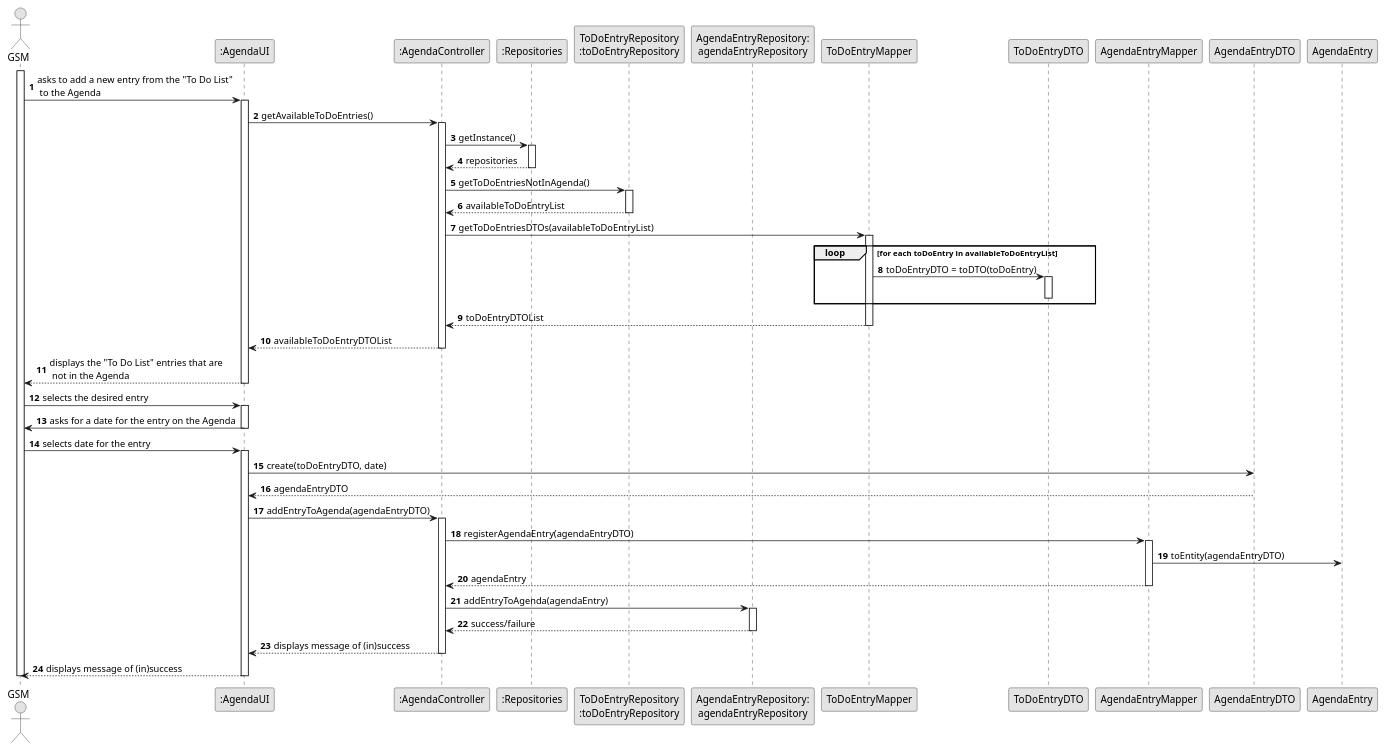
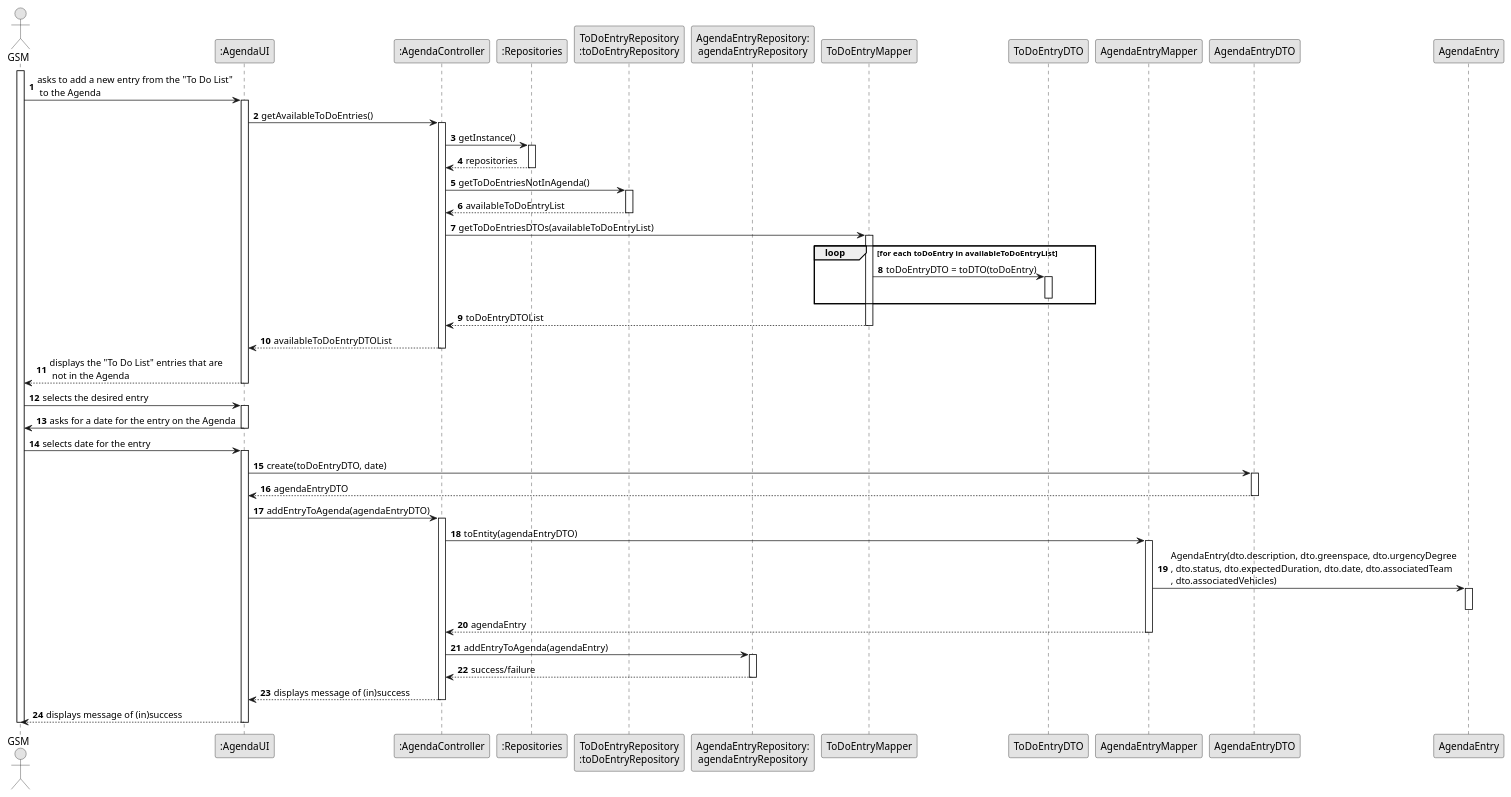
Before and after one commit to Departamento-de-Engenharia-Informatica/lei-24-s2-1do-g164: the diagram in docs/sprintC/us022/03.design/puml/us022-sequence-diagram-full.puml, drawn with PlantUML. The commit also changed 6 other files, not shown here.

```diff
--- a/docs/sprintC/us022/03.design/puml/us022-sequence-diagram-full.puml
+++ b/docs/sprintC/us022/03.design/puml/us022-sequence-diagram-full.puml
@@ -1,92 +1,96 @@
 @startuml
 skinparam monochrome true
 skinparam packageStyle rectangle
 skinparam shadowing false
 
 autonumber
 
 actor "GSM" as Employee
 participant ":AgendaUI" as UI
 participant ":AgendaController" as CTRL
 participant ":Repositories" as RepositorySingleton
 participant "ToDoEntryRepository\n:toDoEntryRepository" as TaskRepo
 participant "AgendaEntryRepository:\nagendaEntryRepository"
 participant "ToDoEntryMapper"
 participant "ToDoEntryDTO"
 participant "AgendaEntryMapper"
 
 activate Employee
 
     Employee -> UI : asks to add a new entry from the "To Do List"\n to the Agenda
     activate UI
 
         UI -> CTRL : getAvailableToDoEntries()
         activate CTRL
 
             CTRL -> RepositorySingleton : getInstance()
             activate RepositorySingleton
 
                 RepositorySingleton --> CTRL: repositories
             deactivate RepositorySingleton
 
             CTRL -> TaskRepo : getToDoEntriesNotInAgenda()
             activate TaskRepo
 
                 TaskRepo --> CTRL : availableToDoEntryList
             deactivate TaskRepo
 
             CTRL -> "ToDoEntryMapper" : getToDoEntriesDTOs(availableToDoEntryList)
             activate "ToDoEntryMapper"
 
             loop for each toDoEntry in availableToDoEntryList
                 ToDoEntryMapper -> ToDoEntryDTO: toDoEntryDTO = toDTO(toDoEntry)
                 activate ToDoEntryDTO
                 deactivate ToDoEntryDTO
             end
 
             ToDoEntryMapper --> CTRL: toDoEntryDTOList
             deactivate ToDoEntryMapper
 
             CTRL --> UI : availableToDoEntryDTOList
         deactivate CTRL
 
         UI --> Employee : displays the "To Do List" entries that are\n not in the Agenda
     deactivate UI
 
     Employee -> UI : selects the desired entry
     activate UI
 
         UI -> Employee : asks for a date for the entry on the Agenda
     deactivate UI
 
     Employee -> UI : selects date for the entry
     activate UI
 
         UI -> AgendaEntryDTO : create(toDoEntryDTO, date)
+        activate AgendaEntryDTO
         UI <-- AgendaEntryDTO : agendaEntryDTO
+        deactivate AgendaEntryDTO
 
         UI -> CTRL : addEntryToAgenda(agendaEntryDTO)
         activate CTRL
 
-            CTRL -> "AgendaEntryMapper" : registerAgendaEntry(agendaEntryDTO)
+            CTRL -> "AgendaEntryMapper" :toEntity(agendaEntryDTO)
             activate "AgendaEntryMapper"
 
-                AgendaEntryMapper -> AgendaEntry : toEntity(agendaEntryDTO)
+                AgendaEntryMapper -> AgendaEntry : AgendaEntry(dto.description, dto.greenspace, dto.urgencyDegree\n, dto.status, dto.expectedDuration, dto.date, dto.associatedTeam\n, dto.associatedVehicles)
+                activate AgendaEntry
+                deactivate AgendaEntry
                 AgendaEntryMapper --> CTRL : agendaEntry
             deactivate "AgendaEntryMapper"
 
             CTRL -> "AgendaEntryRepository:\nagendaEntryRepository" : addEntryToAgenda(agendaEntry)
             activate "AgendaEntryRepository:\nagendaEntryRepository"
 
                 "AgendaEntryRepository:\nagendaEntryRepository" --> CTRL : success/failure
             deactivate "AgendaEntryRepository:\nagendaEntryRepository"
 
             CTRL --> UI : displays message of (in)success
         deactivate CTRL
 
         UI --> Employee : displays message of (in)success
     deactivate UI
 
 deactivate Employee
 
 @enduml
```
